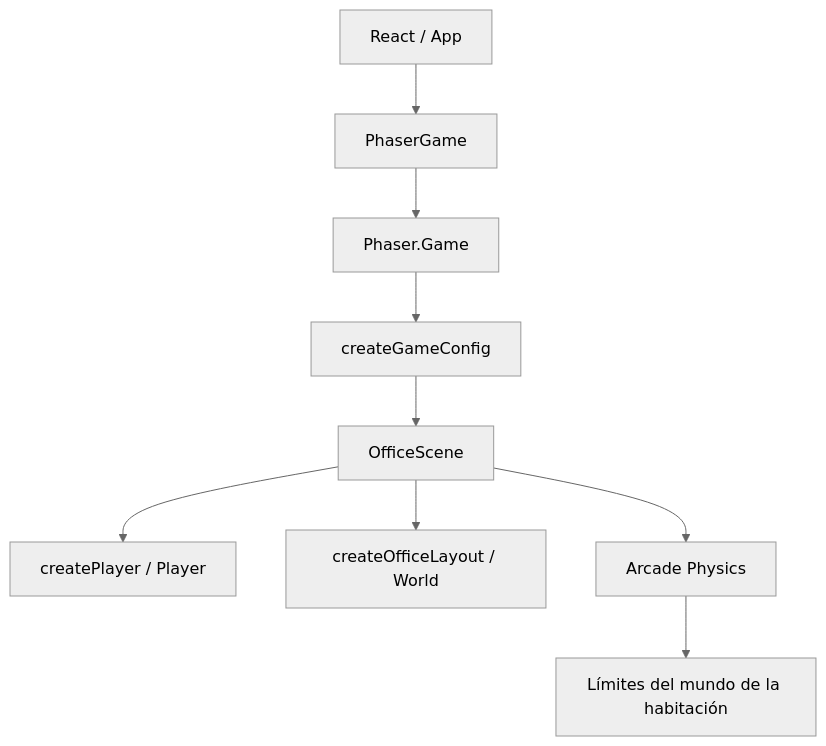
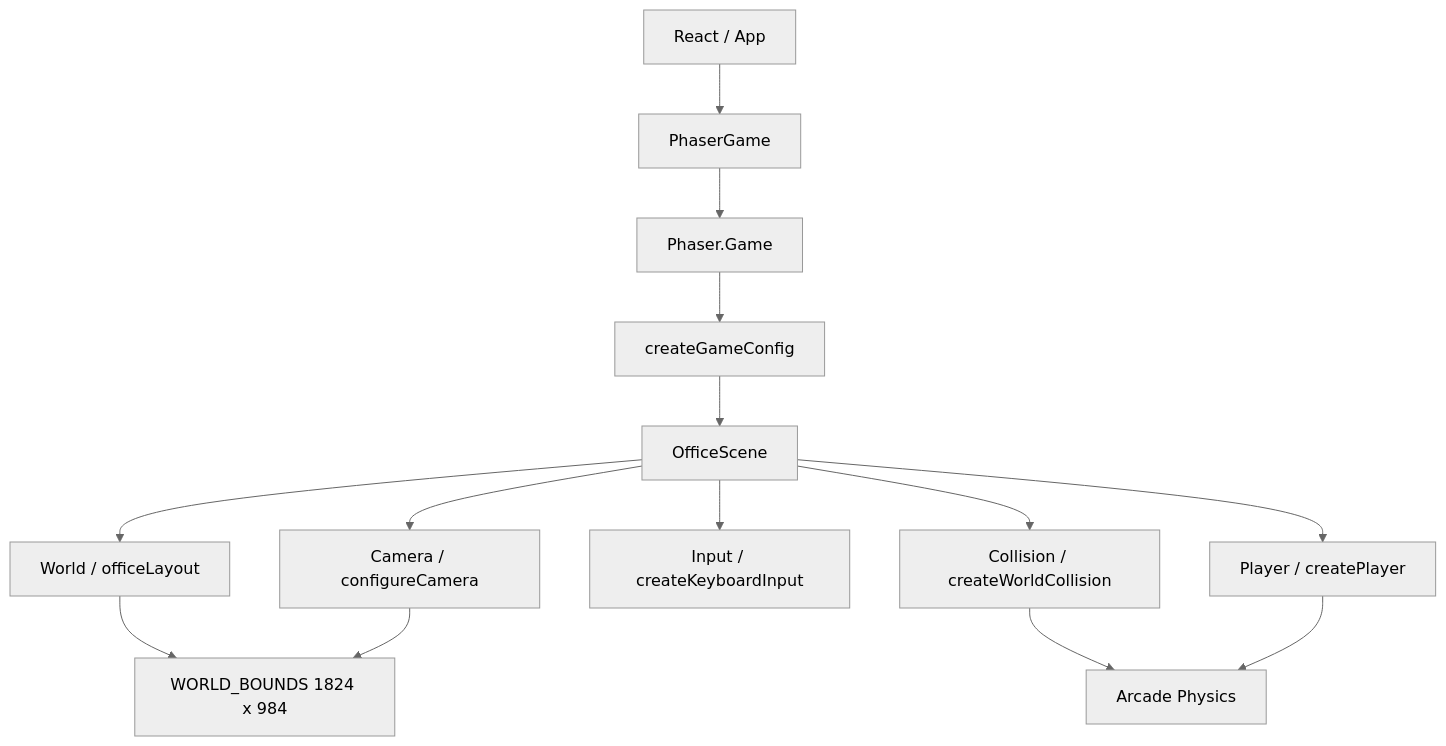
Before and after one commit to MARCOANTONIOCARDENASSANCHEZ/MiPortafolio: the diagram in docs/ARCHITECTURE.md, drawn with Mermaid (neutral theme). The commit also changed other lines of this file and 11 other files, not shown here.

````diff
--- a/docs/ARCHITECTURE.md
+++ b/docs/ARCHITECTURE.md
@@ -49,11 +52,16 @@
 ```mermaid
 flowchart TD
     React[React / App] --> PhaserGame[PhaserGame]
     PhaserGame --> Phaser[Phaser.Game]
     Phaser --> Config[createGameConfig]
     Config --> OfficeScene[OfficeScene]
-    OfficeScene --> Player[createPlayer / Player]
-    OfficeScene --> World[createOfficeLayout / World]
-    OfficeScene --> Physics[Arcade Physics]
-    Physics --> Bounds[Límites del mundo de la habitación]
+    OfficeScene --> World[World / officeLayout]
+    OfficeScene --> Player[Player / createPlayer]
+    OfficeScene --> Input[Input / createKeyboardInput]
+    OfficeScene --> Collision[Collision / createWorldCollision]
+    OfficeScene --> Camera[Camera / configureCamera]
+    World --> WorldSize[WORLD_BOUNDS 1824 x 984]
+    Collision --> Physics[Arcade Physics]
+    Player --> Physics
+    Camera --> WorldSize
 ```
````
